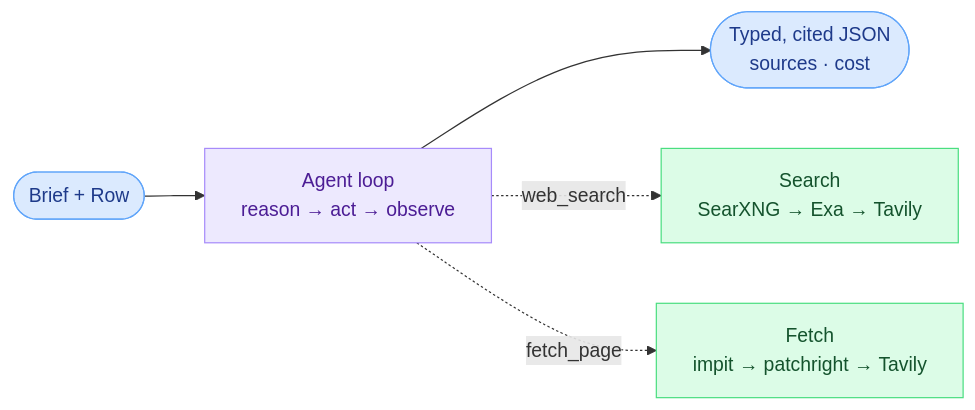
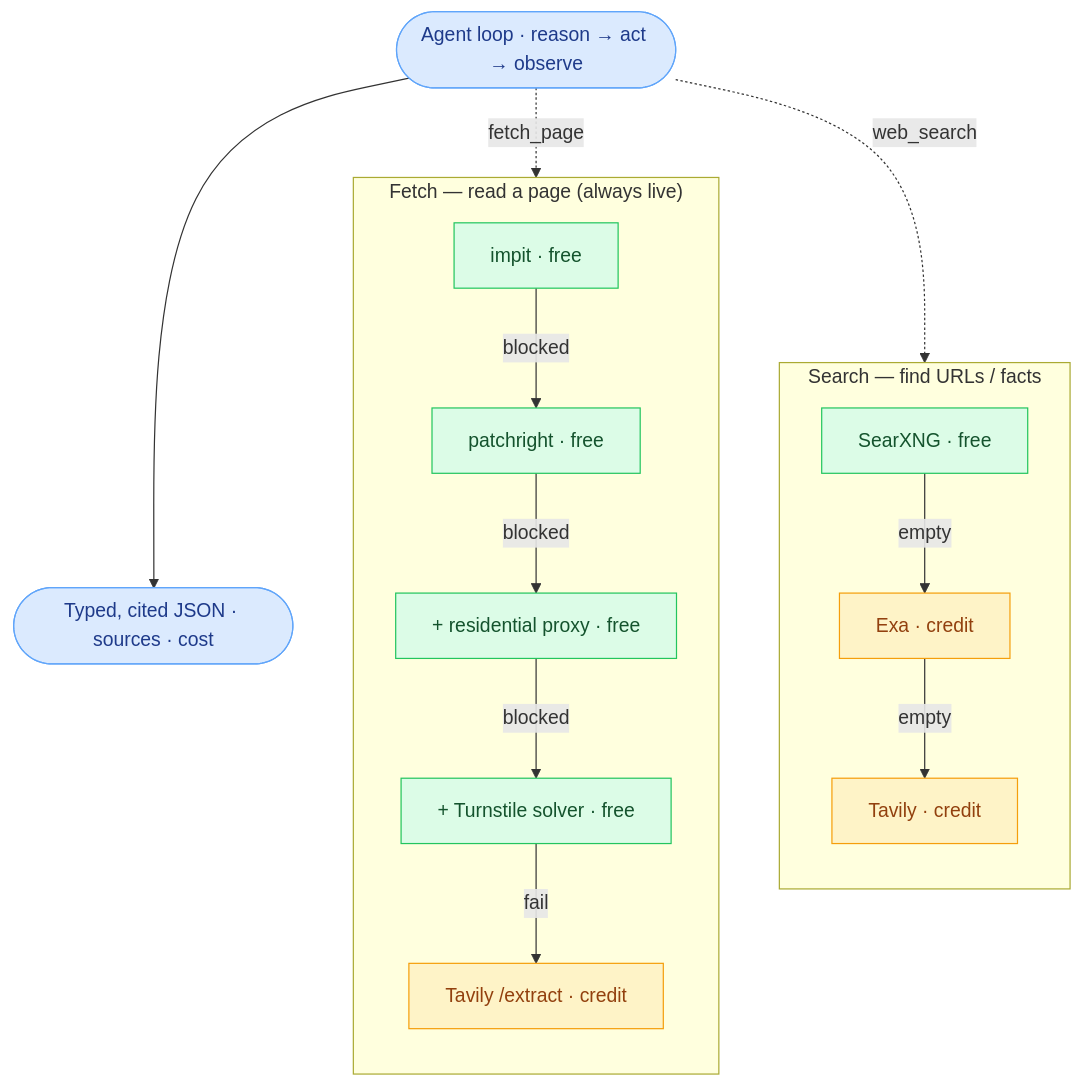
One commit to simonbalfe/openclaygent changed the diagram in README.md. Above: the diagram before and after it, drawn with Mermaid. The commit also changed other lines of this file, not shown here.

Commit message:
docs(readme): two-column colour-coded waterfall diagram
Rebuild the How-it-works mermaid as two stacked columns (Search · Fetch),
each rung top-to-bottom with fall-through labels and green=free / amber=paid
colour coding. Reflects the Tavily-only fetch tail.

````diff
--- a/README.md
+++ b/README.md
@@ -34,13 +34,23 @@
 ```mermaid
-flowchart LR
-  IN(["Brief + Row"]) --> A["Agent loop<br/>reason → act → observe"] --> OUT(["Typed, cited JSON<br/>sources · cost"])
-  A -. web_search .-> S["Search<br/>SearXNG → Exa → Tavily"]
-  A -. fetch_page .-> F["Fetch<br/>impit → patchright → Tavily"]
+flowchart TB
+  A(["Agent loop · reason → act → observe"]) --> OUT(["Typed, cited JSON · sources · cost"])
+  A -. web_search .-> S1
+  A -. fetch_page .-> F1
+
+  subgraph SEARCH ["Search — find URLs / facts"]
+    direction TB
+    S1["SearXNG · free"] -->|empty| S2["Exa · credit"] -->|empty| S3["Tavily · credit"]
+  end
+
+  subgraph FETCH ["Fetch — read a page (always live)"]
+    direction TB
+    F1["impit · free"] -->|blocked| F2["patchright · free"] -->|blocked| F3["+ residential proxy · free"] -->|blocked| F4["+ Turnstile solver · free"] -->|fail| F5["Tavily /extract · credit"]
+  end
 
   classDef io fill:#dbeafe,stroke:#60a5fa,color:#1e3a8a;
-  classDef agent fill:#ede9fe,stroke:#a78bfa,color:#4c1d95;
-  classDef tool fill:#dcfce7,stroke:#4ade80,color:#14532d;
-  class IN,OUT io;
-  class A agent;
-  class S,F tool;
+  classDef free fill:#dcfce7,stroke:#22c55e,color:#14532d;
+  classDef paid fill:#fef3c7,stroke:#f59e0b,color:#92400e;
+  class A,OUT io
+  class S1,F1,F2,F3,F4 free
+  class S2,S3,F5 paid
 ```
````
